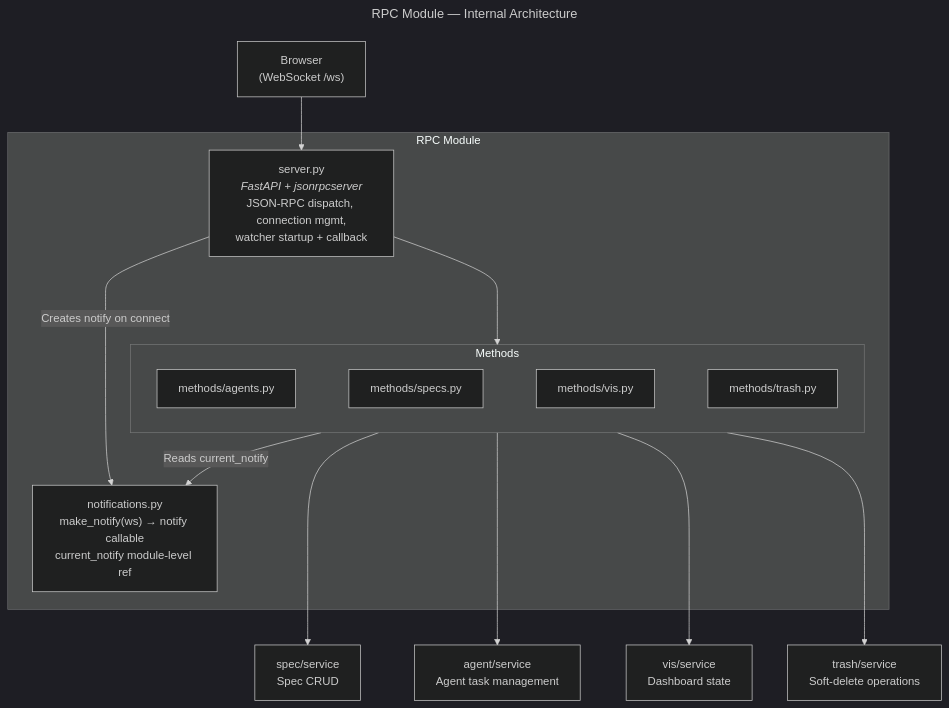
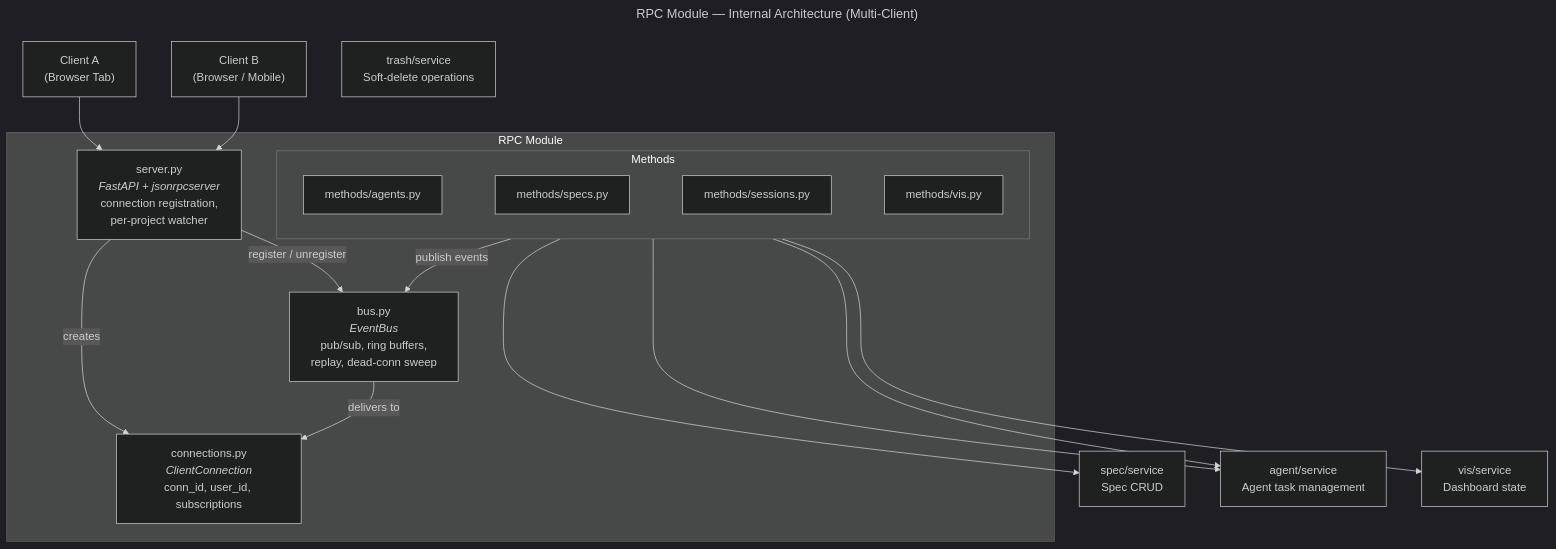
The first of 3 diagrams in backend/app/rpc/README.md (JetBrains/thinkrail), drawn with Mermaid (dark theme) before and after one commit. The commit also changed other lines of this file and 18 other files, not shown here.

Commit message:
multi client (web only now) through bus: phase 1: broadcast-all, ring buffers, first-responder-wins

````diff
--- a/backend/app/rpc/README.md
+++ b/backend/app/rpc/README.md
@@ -157,34 +169,39 @@
 ```mermaid
 ---
-title: RPC Module — Internal Architecture
+title: RPC Module — Internal Architecture (Multi-Client)
 ---
 graph TD
-    Browser["Browser<br/>(WebSocket /ws)"]
+    ClientA["Client A<br/>(Browser Tab)"]
+    ClientB["Client B<br/>(Browser / Mobile)"]
 
-    Browser --> Server
+    ClientA --> Server
+    ClientB --> Server
 
     subgraph RPCModule["RPC Module"]
-        Server["server.py<br/><i>FastAPI + jsonrpcserver</i><br/>JSON-RPC dispatch, connection mgmt,<br/>watcher startup + callback"]
+        Server["server.py<br/><i>FastAPI + jsonrpcserver</i><br/>connection registration,<br/>per-project watcher"]
+        Bus["bus.py<br/><i>EventBus</i><br/>pub/sub, ring buffers,<br/>replay, dead-conn sweep"]
+        Conns["connections.py<br/><i>ClientConnection</i><br/>conn_id, user_id, subscriptions"]
         subgraph Methods["Methods"]
           direction LR
           Specs["methods/specs.py"]
           Agents["methods/agents.py"]
+          Sessions["methods/sessions.py"]
           Vis["methods/vis.py"]
-          Trash["methods/trash.py"]
-          Agents ~~~ Specs ~~~ Vis ~~~ Trash
+          Agents ~~~ Specs ~~~ Sessions ~~~ Vis
         end
-        Server ---> Methods
-        Server -- "Creates notify on connect" --> Notify["notifications.py<br/>make_notify(ws) → notify callable<br/>current_notify module-level ref"]
-        Agents -- "Reads current_notify" --> Notify
+        Server -- "register / unregister" --> Bus
+        Server -- "creates" --> Conns
+        Methods -- "publish events" --> Bus
+        Bus -- "delivers to" --> Conns
     end
 
     SpecSvc["spec/service<br/>Spec CRUD"]
     AgentSvc["agent/service<br/>Agent task management"]
     VisSvc["vis/service<br/>Dashboard state"]
     TrashSvc["trash/service<br/>Soft-delete operations"]
 
     Specs ---> SpecSvc
     Agents ---> AgentSvc
+    Sessions ---> AgentSvc
     Vis ---> VisSvc
-    Trash ---> TrashSvc
 ```
````
